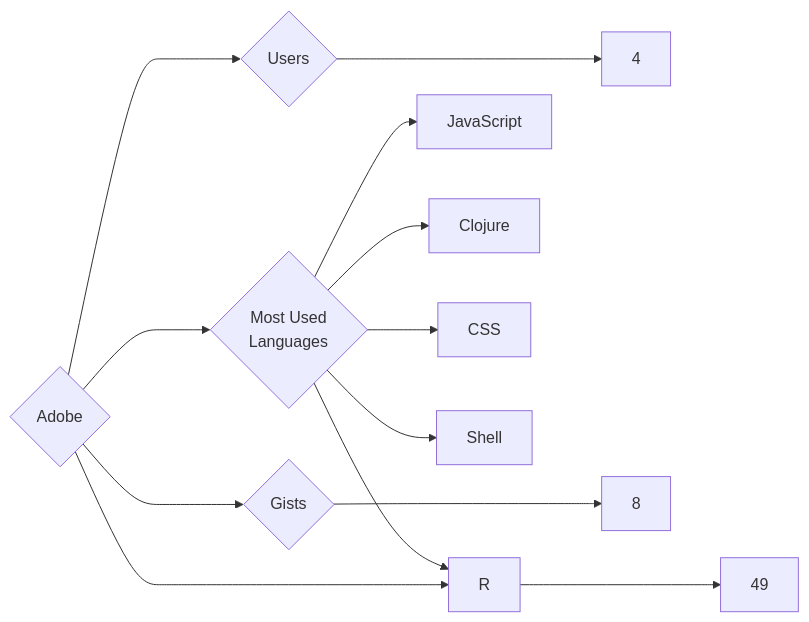
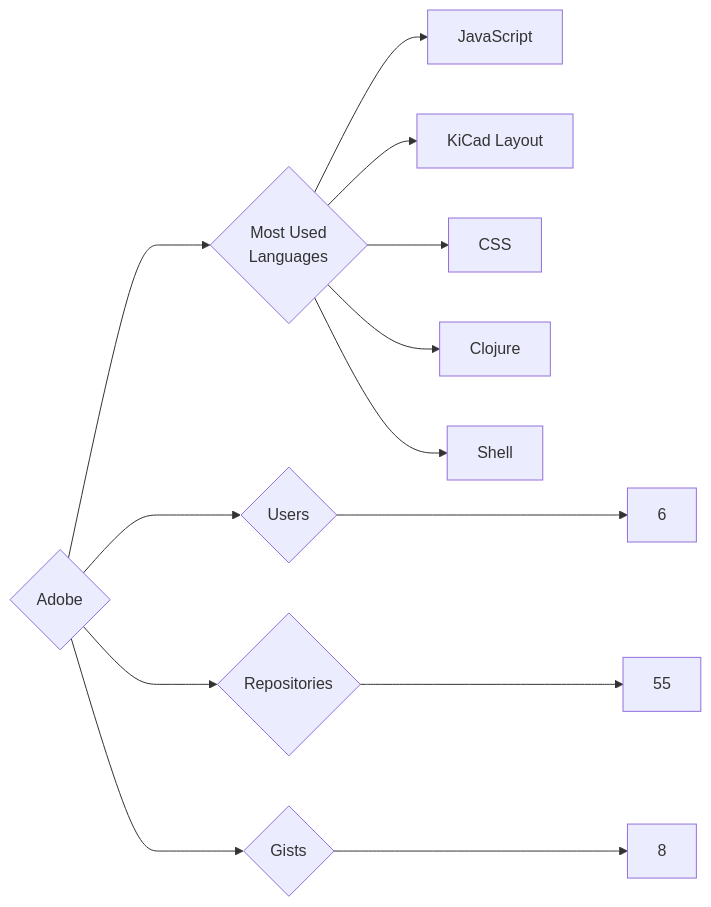
Before and after one commit to trickest/insiders: the diagram in targets/Adobe/README.md, drawn with Mermaid. The commit also changed 1055 other files, not shown here.

````diff
--- a/targets/Adobe/README.md
+++ b/targets/Adobe/README.md
@@ -3,13 +3,13 @@
 ```mermaid
 graph LR
 COMPANY_NAME{Adobe}
-COMPANY_NAME ---> U{Users} ---> UN[4]
-COMPANY_NAME ---> R{Repositories} ---> RN[49]
+COMPANY_NAME ---> U{Users} ---> UN[6]
+COMPANY_NAME ---> R{Repositories} ---> RN[55]
 COMPANY_NAME ---> G{Gists} ---> GN[8]
 COMPANY_NAME ---> ML{Most Used<br>Languages}
 ML --> JavaScript[JavaScript]
-ML --> R[R]
+ML --> KiCad_Layout[KiCad Layout]
+ML --> CSS[CSS]
 ML --> Clojure[Clojure]
-ML --> CSS[CSS]
 ML --> Shell[Shell]
 ```
````
